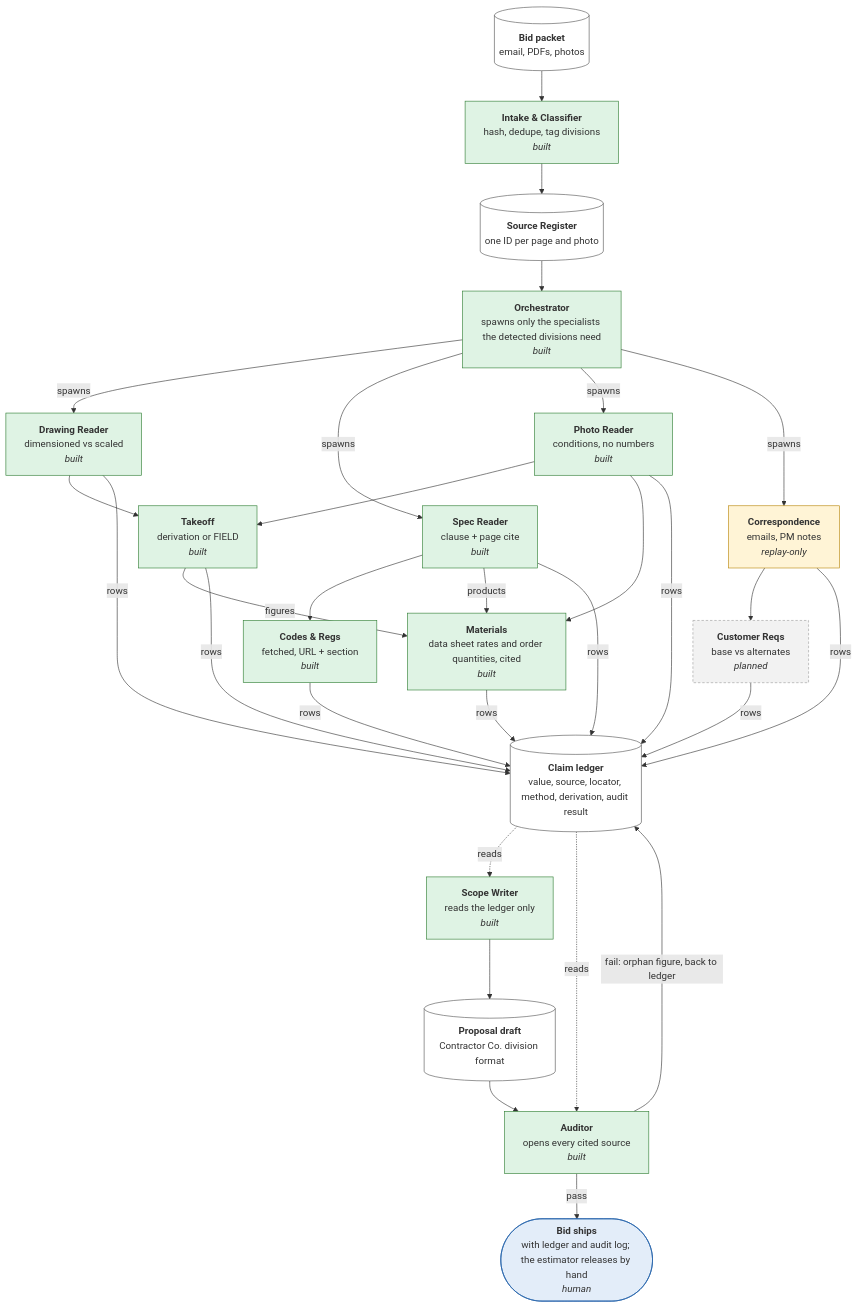
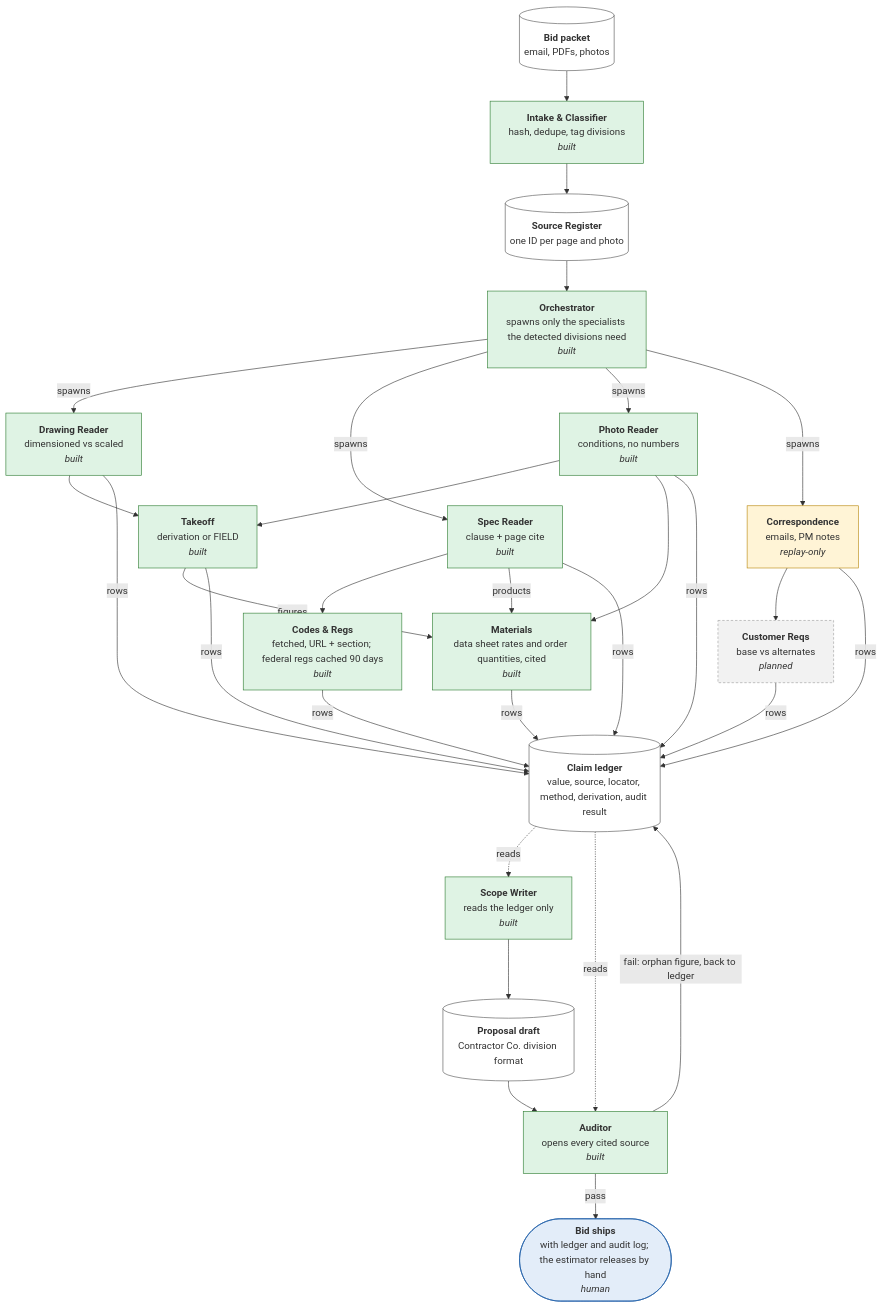
One commit to ScottyN000/ChrisBids changed the diagram in docs/pipeline-dag.md. Above: the diagram before and after it, drawn with Mermaid. The commit also changed 9 other files, not shown here.

First line of the commit message:
Page cache: federal regulations stand 90 days; unchanged pages keep their answers

````diff
--- a/docs/pipeline-dag.md
+++ b/docs/pipeline-dag.md
@@ -9,58 +9,58 @@
 ```mermaid
 flowchart TD
     packet[("<b>Bid packet</b><br/>email, PDFs, photos")]
     intake["<b>Intake & Classifier</b><br/>hash, dedupe, tag divisions<br/><i>built</i>"]
     register[("<b>Source Register</b><br/>one ID per page and photo")]
     orchestrator["<b>Orchestrator</b><br/>spawns only the specialists the detected divisions need<br/><i>built</i>"]
     drawing["<b>Drawing Reader</b><br/>dimensioned vs scaled<br/><i>built</i>"]
     spec["<b>Spec Reader</b><br/>clause + page cite<br/><i>built</i>"]
     photo["<b>Photo Reader</b><br/>conditions, no numbers<br/><i>built</i>"]
     correspondence["<b>Correspondence</b><br/>emails, PM notes<br/><i>replay-only</i>"]
     takeoff["<b>Takeoff</b><br/>derivation or FIELD<br/><i>built</i>"]
-    codes["<b>Codes & Regs</b><br/>fetched, URL + section<br/><i>built</i>"]
+    codes["<b>Codes & Regs</b><br/>fetched, URL + section; federal regs cached 90 days<br/><i>built</i>"]
     materials["<b>Materials</b><br/>data sheet rates and order quantities, cited<br/><i>built</i>"]
     customer["<b>Customer Reqs</b><br/>base vs alternates<br/><i>planned</i>"]
     ledger[("<b>Claim ledger</b><br/>value, source, locator, method, derivation, audit result")]
     scope_writer["<b>Scope Writer</b><br/>reads the ledger only<br/><i>built</i>"]
     draft[("<b>Proposal draft</b><br/>Contractor Co. division format")]
     auditor["<b>Auditor</b><br/>opens every cited source<br/><i>built</i>"]
     ships(["<b>Bid ships</b><br/>with ledger and audit log; the estimator releases by hand<br/><i>human</i>"])
     packet --> intake
     intake --> register
     register --> orchestrator
     orchestrator -->|spawns| drawing
     orchestrator -->|spawns| spec
     orchestrator -->|spawns| photo
     orchestrator -->|spawns| correspondence
     drawing --> takeoff
     photo --> takeoff
     spec --> codes
     photo --> materials
     spec -->|products| materials
     takeoff -->|figures| materials
     correspondence --> customer
     drawing -->|rows| ledger
     spec -->|rows| ledger
     photo -->|rows| ledger
     correspondence -->|rows| ledger
     takeoff -->|rows| ledger
     codes -->|rows| ledger
     materials -->|rows| ledger
     customer -->|rows| ledger
     ledger -.->|reads| scope_writer
     scope_writer --> draft
     draft --> auditor
     ledger -.->|reads| auditor
     auditor -->|fail: orphan figure, back to ledger| ledger
     auditor -->|pass| ships
     classDef built fill:#dff3e4,stroke:#2e7d32
     classDef replay fill:#fff4d6,stroke:#b8860b
     classDef planned fill:#f2f2f2,stroke:#9e9e9e,stroke-dasharray: 4 3
     classDef human fill:#e3edf9,stroke:#1f5fa8
     classDef data fill:#ffffff,stroke:#555
     class intake,orchestrator,drawing,spec,photo,takeoff,codes,materials,scope_writer,auditor built
     class correspondence replay
     class customer planned
     class ships human
     class packet,register,ledger,draft data
 ```
````
